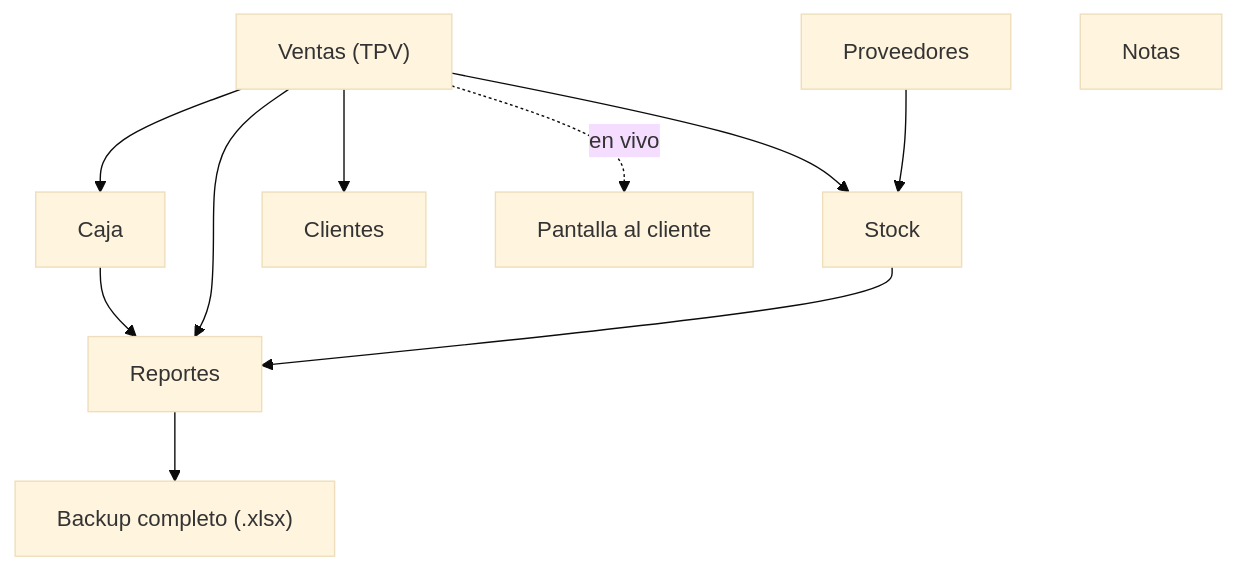
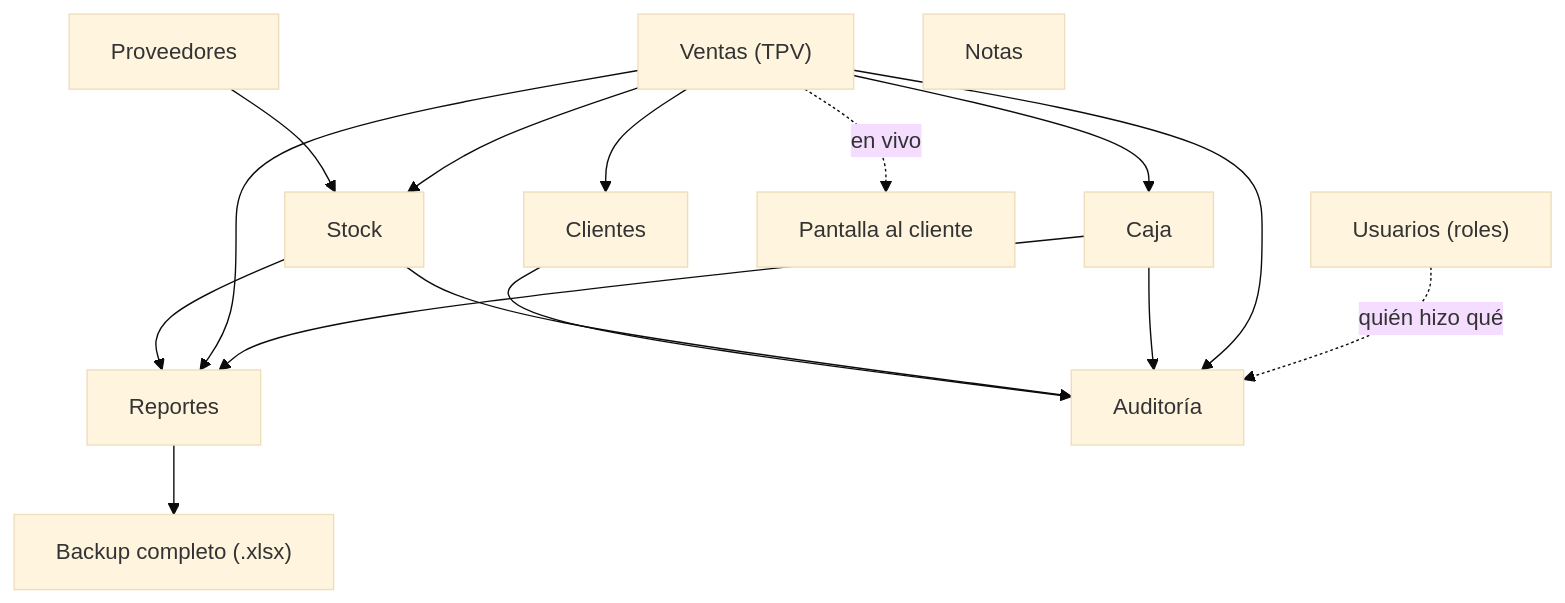
Before and after one commit to enzopazzelli/marlyn-minimarket: the second of 3 diagrams in entregables/informe-tecnico.md, drawn with Mermaid (base theme). The commit also changed other lines of this file and 3 other files, not shown here.

````diff
--- a/entregables/informe-tecnico.md
+++ b/entregables/informe-tecnico.md
@@ -68,21 +68,28 @@
 ```mermaid
 flowchart TD
     Ventas["Ventas (TPV)"]
     Caja["Caja"]
     Stock["Stock"]
     Clientes["Clientes"]
     Proveedores["Proveedores"]
     Reportes["Reportes"]
     Notas["Notas"]
     Pantalla["Pantalla al cliente"]
+    Usuarios["Usuarios (roles)"]
+    Auditoria["Auditoría"]
 
     Ventas --> Caja
     Ventas --> Stock
     Ventas --> Clientes
     Ventas -. "en vivo" .-> Pantalla
     Proveedores --> Stock
     Caja --> Reportes
     Ventas --> Reportes
     Stock --> Reportes
     Reportes --> Backup["Backup completo (.xlsx)"]
+    Usuarios -. "quién hizo qué" .-> Auditoria
+    Ventas --> Auditoria
+    Caja --> Auditoria
+    Stock --> Auditoria
+    Clientes --> Auditoria
 ```
````
